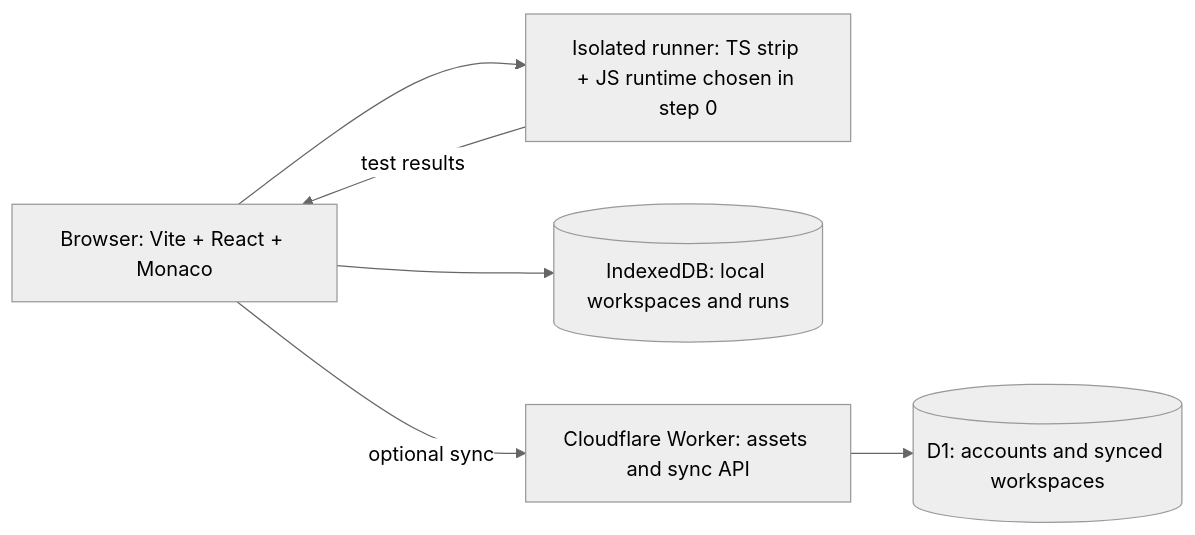
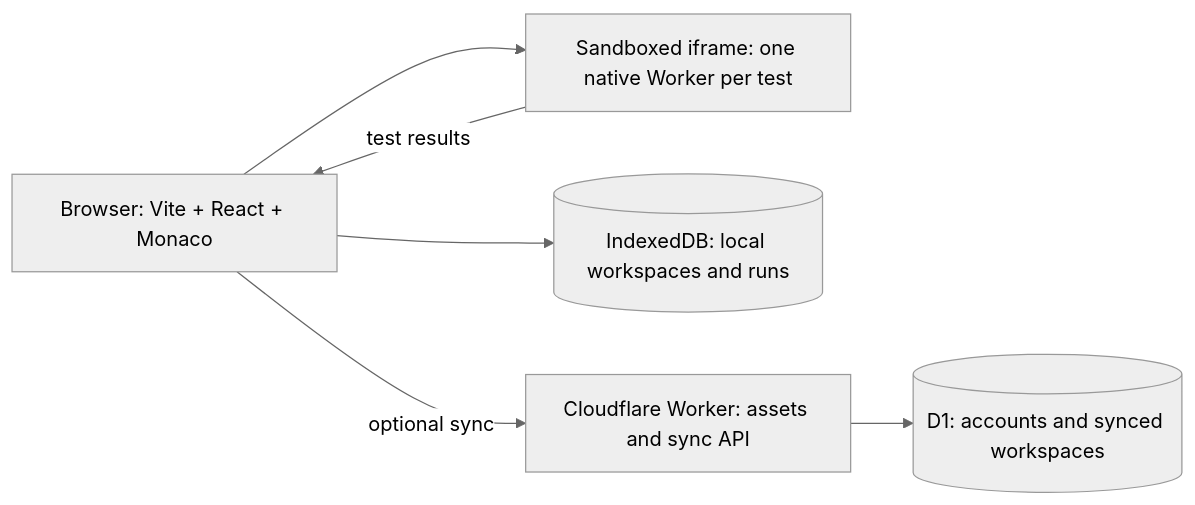
The diagram in PLAN.md (booi-gg/minji), drawn with Mermaid (neutral theme) before and after one commit. The commit also changed other lines of this file and 50 other files, not shown here.

````diff
--- a/PLAN.md
+++ b/PLAN.md
@@ -24,8 +24,8 @@
 ```mermaid
 flowchart LR
-  Browser[Browser: Vite + React + Monaco] --> Runner[Isolated runner: TS strip + JS runtime chosen in step 0]
+  Browser[Browser: Vite + React + Monaco] --> Runner[Sandboxed iframe: one native Worker per test]
   Runner -->|test results| Browser
   Browser --> Local[(IndexedDB: local workspaces and runs)]
   Browser -->|optional sync| App[Cloudflare Worker: assets and sync API]
   App --> D1[(D1: accounts and synced workspaces)]
 ```
````
